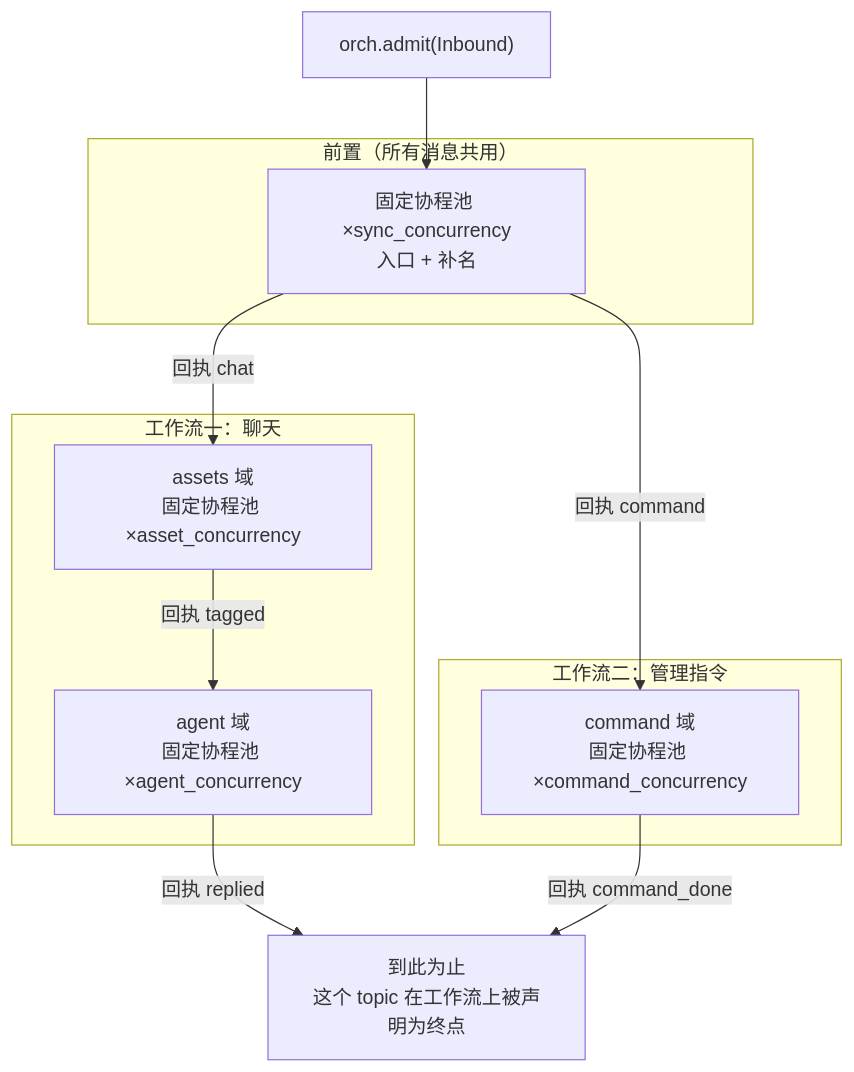
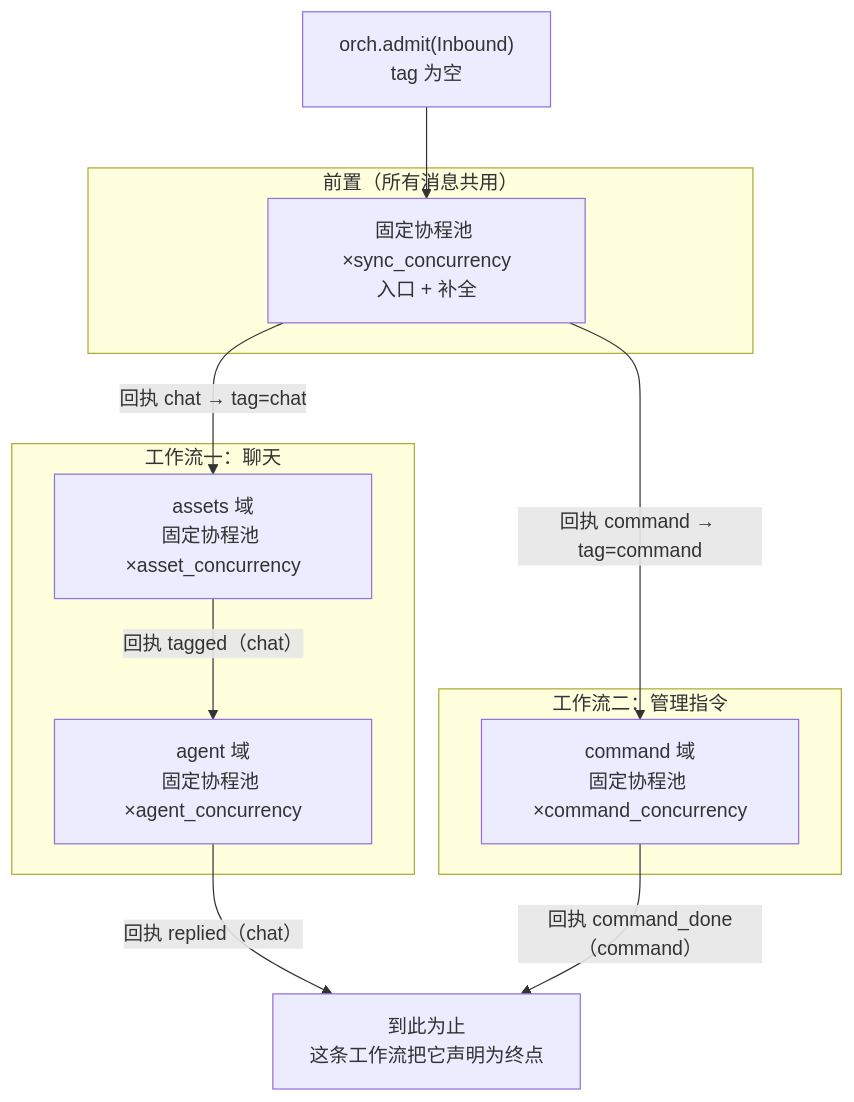
Before and after one commit to CanWeakerWriteStrongCode/good-review-master: the first of 2 diagrams in docs/domains/pipeline.md, drawn with Mermaid. The commit also changed other lines of this file and 15 other files, not shown here.

First line of the commit message:
refactor(bot): 按 topic+tag 两级身份区分工作流

````diff
--- a/docs/domains/pipeline.md
+++ b/docs/domains/pipeline.md
@@ -57,19 +59,19 @@
 ```mermaid
 flowchart TB
   subgraph "前置（所有消息共用）"
-    R0["固定协程池 ×sync_concurrency<br/>入口 + 补名"]
+    R0["固定协程池 ×sync_concurrency<br/>入口 + 补全"]
   end
   subgraph "工作流一：聊天"
     P2["assets 域<br/>固定协程池 ×asset_concurrency"]
     P3["agent 域<br/>固定协程池 ×agent_concurrency"]
   end
   subgraph "工作流二：管理指令"
     PC["command 域<br/>固定协程池 ×command_concurrency"]
   end
-  IN["orch.admit(Inbound)"] --> R0
-  R0 -->|"回执 chat"| P2
-  R0 -->|"回执 command"| PC
-  P2 -->|"回执 tagged"| P3
-  P3 -->|"回执 replied"| EX["到此为止<br/>这个 topic 在工作流上被声明为终点"]
-  PC -->|"回执 command_done"| EX
+  IN["orch.admit(Inbound)<br/>tag 为空"] --> R0
+  R0 -->|"回执 chat → tag=chat"| P2
+  R0 -->|"回执 command → tag=command"| PC
+  P2 -->|"回执 tagged（chat）"| P3
+  P3 -->|"回执 replied（chat）"| EX["到此为止<br/>这条工作流把它声明为终点"]
+  PC -->|"回执 command_done（command）"| EX
 ```
````
